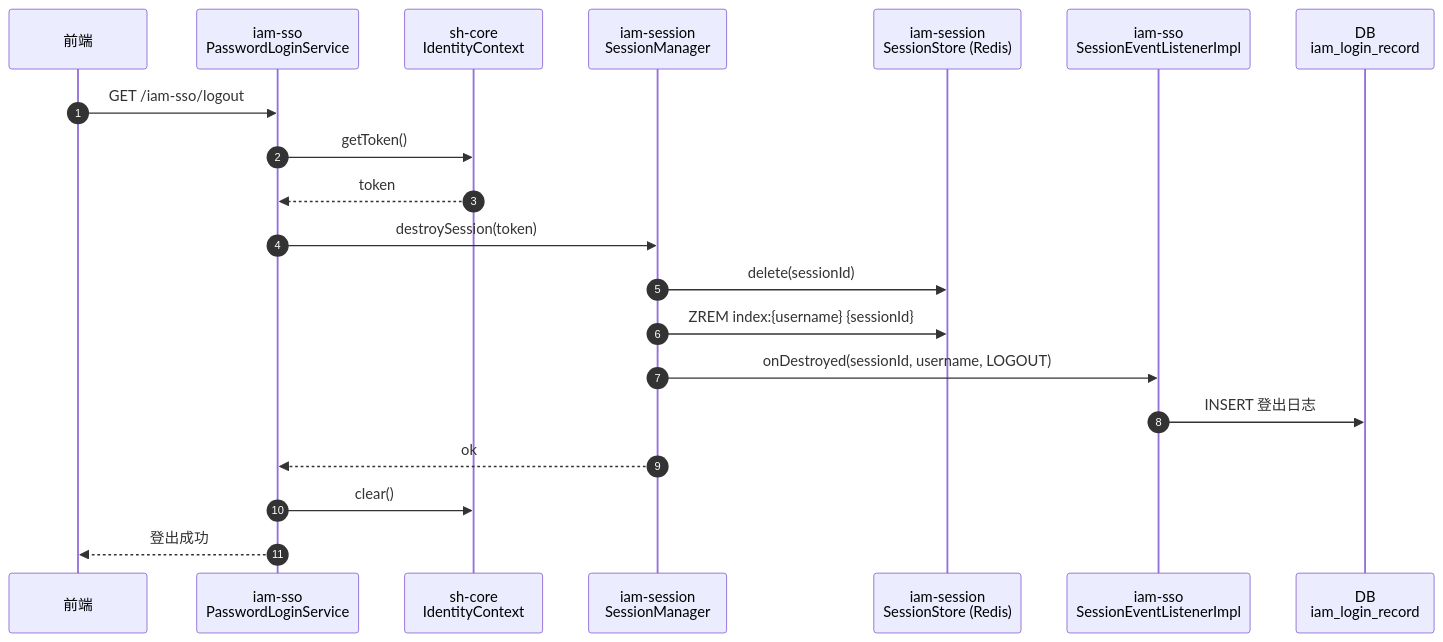
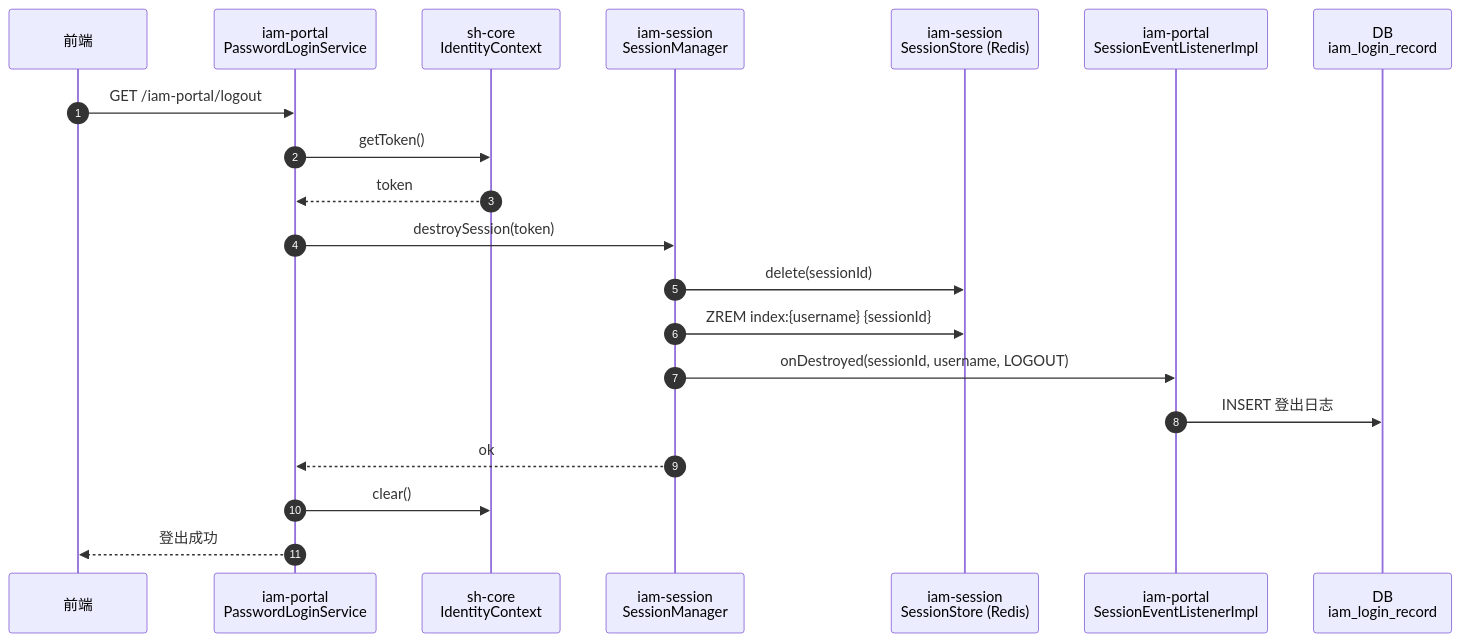
One commit to shrimp-group/sh-iam changed the third of 5 diagrams in docs/design/session-design.md. Above: the diagram before and after it, drawn with Mermaid. The commit also changed other lines of this file and 32 other files, not shown here.

````diff
--- a/docs/design/session-design.md
+++ b/docs/design/session-design.md
@@ -449,22 +449,22 @@
 ```mermaid
 sequenceDiagram
     autonumber
     participant Client as 前端
-    participant SSO as iam-sso<br/>PasswordLoginService
+    participant SSO as iam-portal<br/>PasswordLoginService
     participant Identity as sh-core<br/>IdentityContext
     participant Session as iam-session<br/>SessionManager
     participant Store as iam-session<br/>SessionStore (Redis)
-    participant Listener as iam-sso<br/>SessionEventListenerImpl
+    participant Listener as iam-portal<br/>SessionEventListenerImpl
     participant LogDB as DB<br/>iam_login_record
-    Client ->> SSO: GET /iam-sso/logout
+    Client ->> SSO: GET /iam-portal/logout
     SSO ->> Identity: getToken()
     Identity -->> SSO: token
     SSO ->> Session: destroySession(token)
     Session ->> Store: delete(sessionId)
     Session ->> Store: ZREM index:{username} {sessionId}
     Session ->> Listener: onDestroyed(sessionId, username, LOGOUT)
     Listener ->> LogDB: INSERT 登出日志
     Session -->> SSO: ok
     SSO ->> Identity: clear()
     SSO -->> Client: 登出成功
 ```
````
